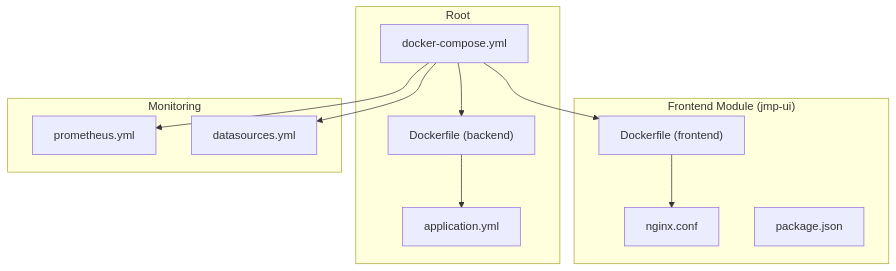
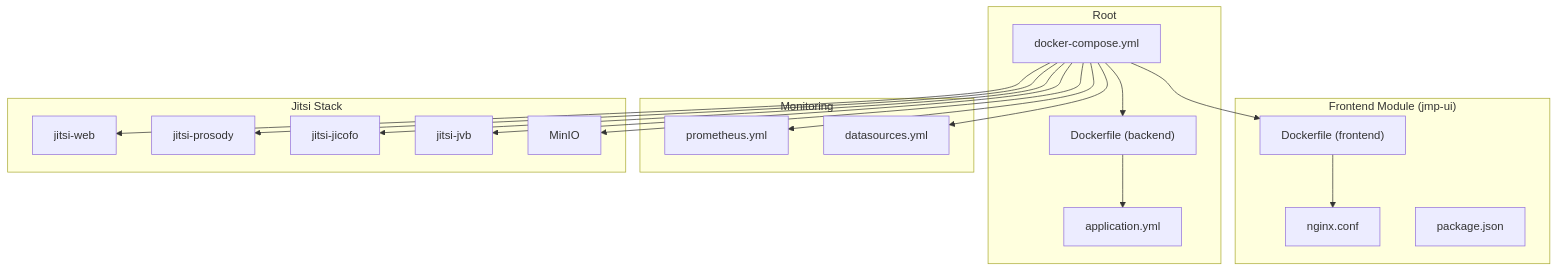
The first of 13 diagrams in .qoder/repowiki/en/content/Deployment and DevOps/Docker Configuration.md (Vostrikov2014/vks-qoder), drawn with Mermaid before and after one commit. The commit also changed other lines of this file and 11 other files, not shown here.

````diff
--- a/.qoder/repowiki/en/content/Deployment and DevOps/Docker Configuration.md
+++ b/.qoder/repowiki/en/content/Deployment and DevOps/Docker Configuration.md
@@ -34,23 +44,35 @@
 ```mermaid
 graph TB
 subgraph "Root"
 RootDocker["Dockerfile (backend)"]
 RootCompose["docker-compose.yml"]
 RootAppYml["application.yml"]
 end
 subgraph "Frontend Module (jmp-ui)"
 UiDocker["Dockerfile (frontend)"]
 NginxConf["nginx.conf"]
 PackageJson["package.json"]
 end
 subgraph "Monitoring"
 PromYml["prometheus.yml"]
 GrafDatasources["datasources.yml"]
 end
+subgraph "Jitsi Stack"
+JitsiWeb["jitsi-web"]
+JitsiProsody["jitsi-prosody"]
+JitsiJicofo["jitsi-jicofo"]
+JitsiJvb["jitsi-jvb"]
+Minio["MinIO"]
+end
 RootCompose --> RootDocker
 RootCompose --> UiDocker
 RootCompose --> PromYml
 RootCompose --> GrafDatasources
+RootCompose --> JitsiWeb
+RootCompose --> JitsiProsody
+RootCompose --> JitsiJicofo
+RootCompose --> JitsiJvb
+RootCompose --> Minio
 UiDocker --> NginxConf
 RootDocker --> RootAppYml
 ```
````
